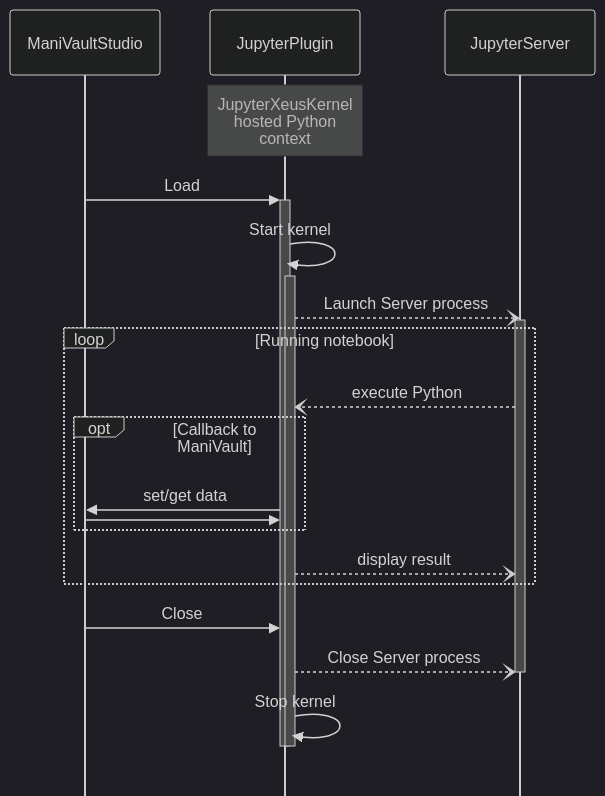
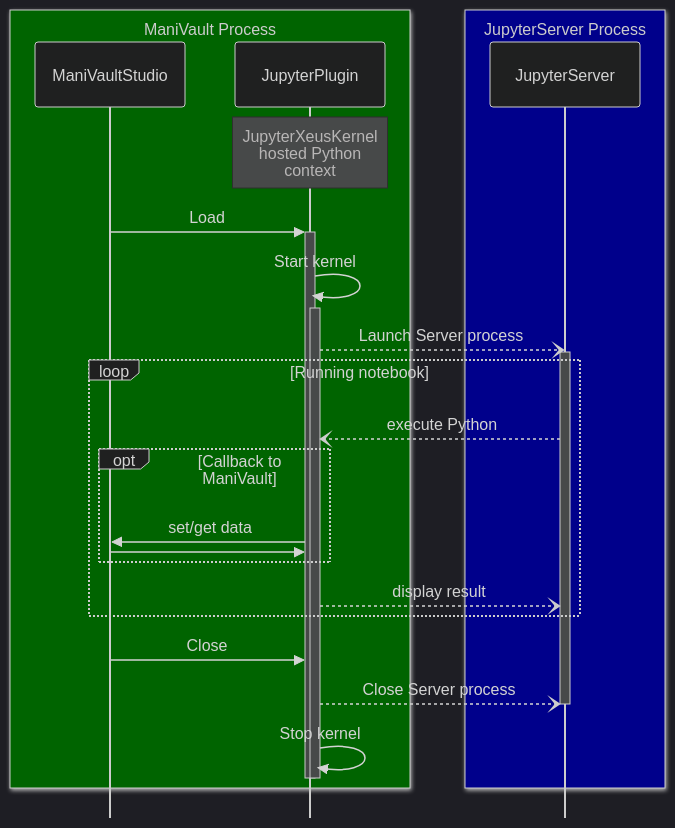
Before and after one commit to ManiVaultStudio/JupyterPlugin: the second of 3 diagrams in README.md, drawn with Mermaid. The commit also changed other lines of this file and 5 other files, not shown here.

````diff
--- a/README.md
+++ b/README.md
@@ -66,35 +83,40 @@
 ```mermaid
 %%{init: {'theme': 'dark' } }%%
 %%{init: {'sequence': {'mirrorActors': false}}}%%
 sequenceDiagram
+    box DarkGreen ManiVault Process
     participant MS as ManiVaultStudio
     participant JP as JupyterPlugin
+    end
+    box DarkBlue JupyterServer Process
     participant JS as JupyterServer
+    end
 
     note over JP: JupyterXeusKernel <br> hosted Python <br> context
+
 
 
 
     MS->>+JP: Load
     JP->>+JP: Start kernel
     JP--)JS: Launch Server process
     activate JS 
 
     loop Running notebook
         JS--)JP: execute Python
         opt Callback to ManiVault
             JP->>MS: set/get data
             MS->>JP: 
         end
         JP--)JS: display result
     end
 
     MS->>JP: Close
     JP--)JS: Close Server process
     deactivate JS
     JP->>-JP: Stop kernel
     
     deactivate JP
 
 
 ```
````
